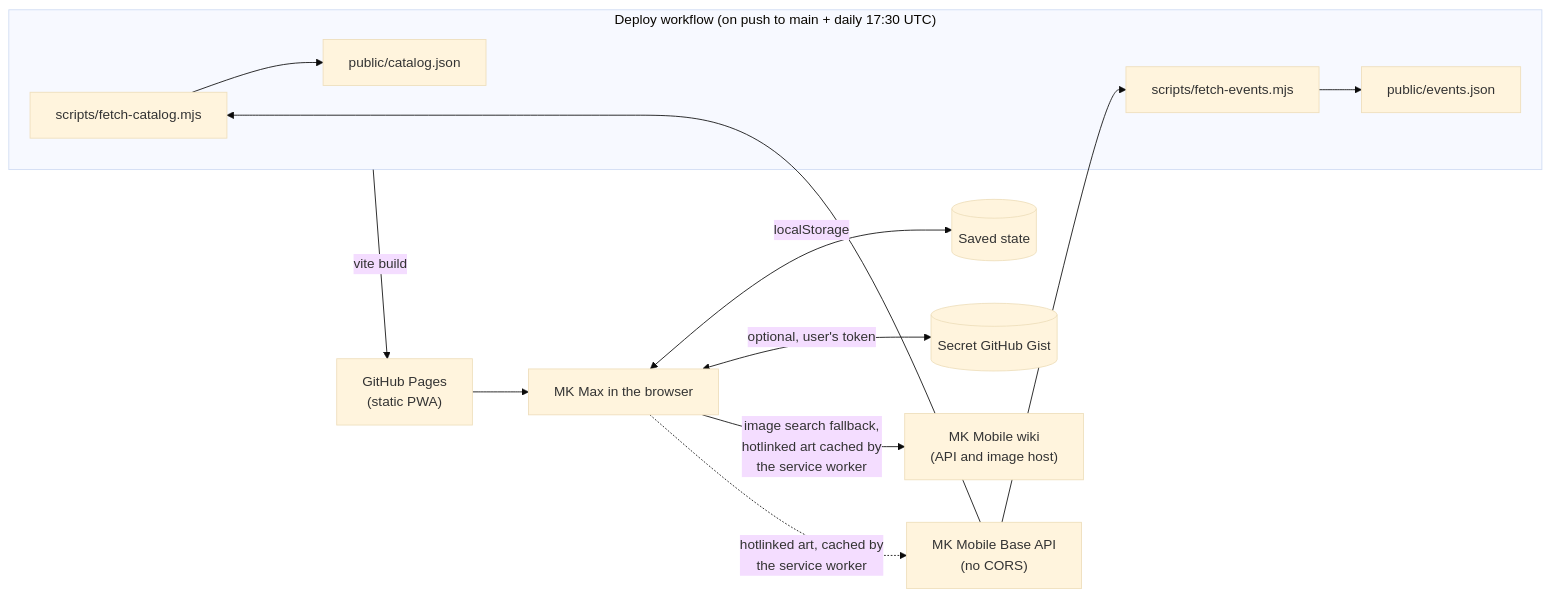
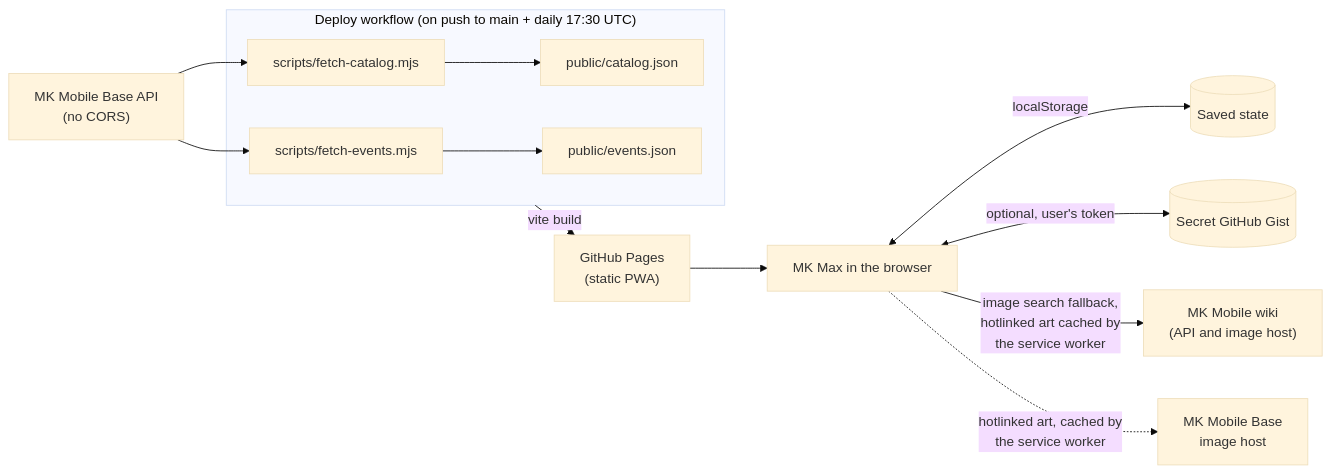
Before and after one commit to Simba3696/mkmax: the first of 3 diagrams in docs/architecture.md, drawn with Mermaid (base theme). The commit also changed 2 other files, not shown here.

Commit message:
docs: point the diagram's art line at Base's image host, and add the screenshot retake to the design-note and save-migration skills

````diff
--- a/docs/architecture.md
+++ b/docs/architecture.md
@@ -9,14 +9,14 @@
 ```mermaid
 flowchart LR
   subgraph CI["Deploy workflow (on push to main + daily 17:30 UTC)"]
     F1["scripts/fetch-catalog.mjs"] --> C["public/catalog.json"]
     F2["scripts/fetch-events.mjs"] --> E["public/events.json"]
   end
   MKB["MK Mobile Base API<br/>(no CORS)"] --> F1 & F2
   CI -->|"vite build"| GP["GitHub Pages<br/>(static PWA)"]
   GP --> App["MK Max in the browser"]
   App <-->|"localStorage"| LS[("Saved state")]
   App <-->|"optional, user's token"| Gist[("Secret GitHub Gist")]
   App -->|"image search fallback,<br/>hotlinked art cached by<br/>the service worker"| Wiki["MK Mobile wiki<br/>(API and image host)"]
-  App -.->|"hotlinked art, cached by<br/>the service worker"| MKB
+  App -.->|"hotlinked art, cached by<br/>the service worker"| MKBImg["MK Mobile Base<br/>image host"]
 ```
````
